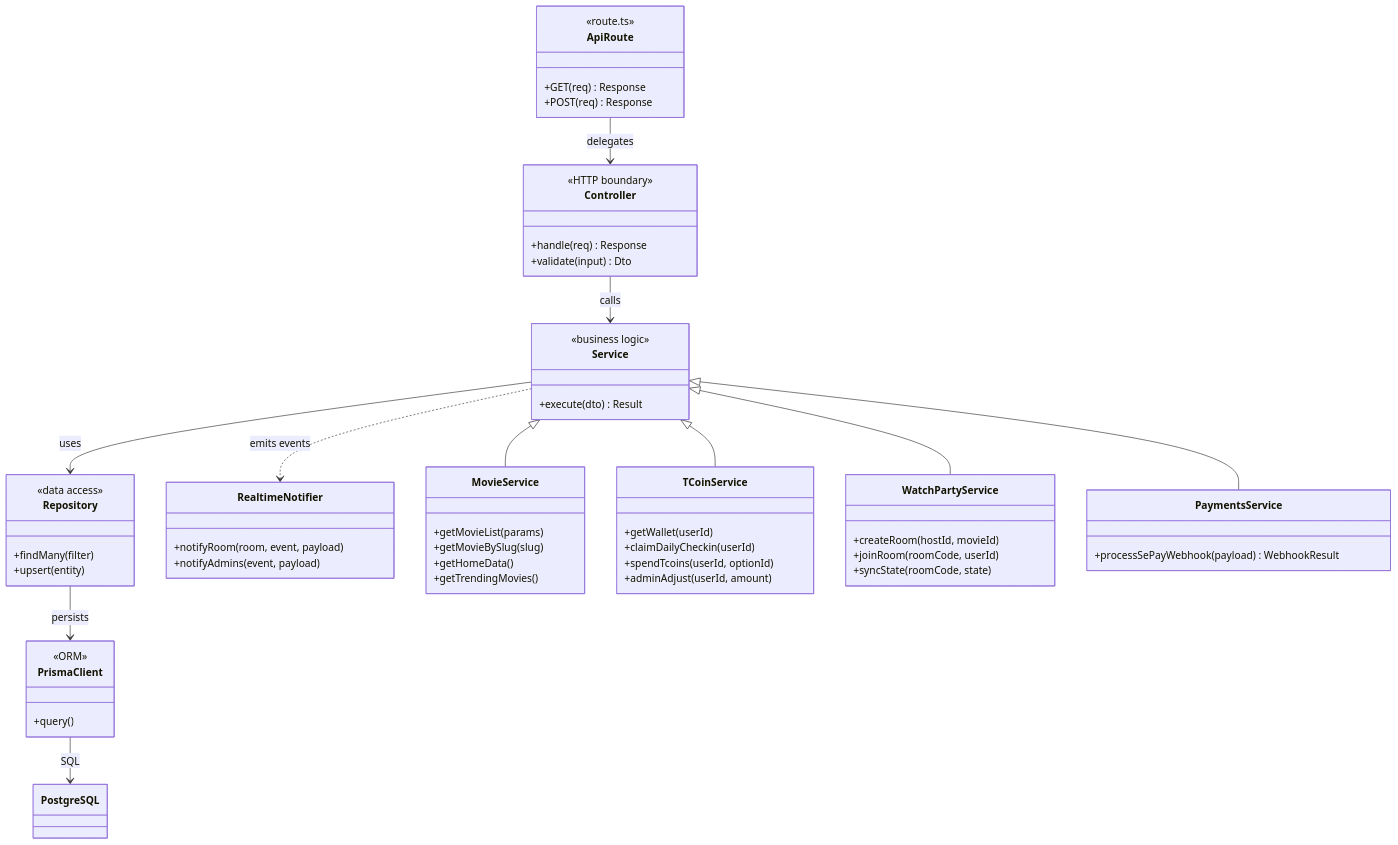
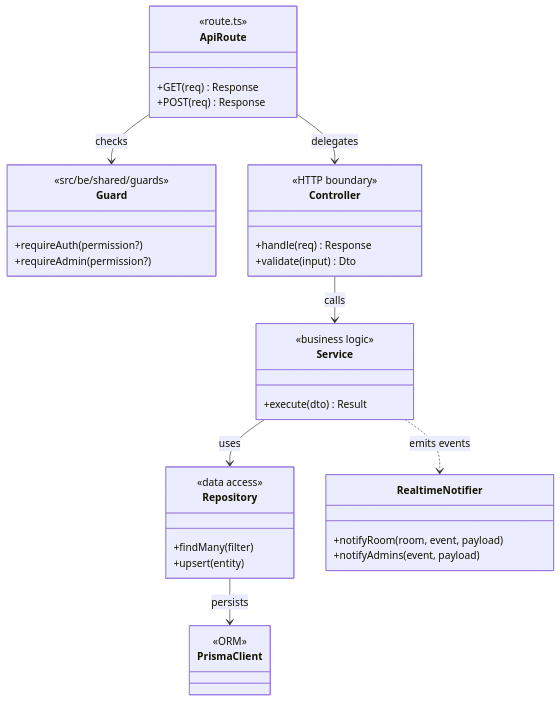
Before and after one commit to Terence-0310/TERENCE: the fourth of 10 diagrams in README.md, drawn with Mermaid. The commit also changed other lines of this file and 191 other files, not shown here.

````diff
--- a/README.md
+++ b/README.md
@@ -541,62 +531,41 @@
 ```mermaid
 classDiagram
     class ApiRoute {
         <<route.ts>>
         +GET(req) Response
         +POST(req) Response
+    }
+    class Guard {
+        <<src/be/shared/guards>>
+        +requireAuth(permission?)
+        +requireAdmin(permission?)
     }
     class Controller {
         <<HTTP boundary>>
         +handle(req) Response
         +validate(input) Dto
     }
     class Service {
         <<business logic>>
         +execute(dto) Result
     }
     class Repository {
         <<data access>>
         +findMany(filter)
         +upsert(entity)
     }
     class PrismaClient {
         <<ORM>>
-        +query()
     }
     class RealtimeNotifier {
         +notifyRoom(room, event, payload)
         +notifyAdmins(event, payload)
     }
 
+    ApiRoute --> Guard : checks
     ApiRoute --> Controller : delegates
     Controller --> Service : calls
     Service --> Repository : uses
     Service ..> RealtimeNotifier : emits events
     Repository --> PrismaClient : persists
-    PrismaClient --> PostgreSQL : SQL
-
-    class MovieService {
-        +getMovieList(params)
-        +getMovieBySlug(slug)
-        +getHomeData()
-        +getTrendingMovies()
-    }
-    class TCoinService {
-        +getWallet(userId)
-        +claimDailyCheckin(userId)
-        +spendTcoins(userId, optionId)
-        +adminAdjust(userId, amount)
-    }
-    class WatchPartyService {
-        +createRoom(hostId, movieId)
-        +joinRoom(roomCode, userId)
-        +syncState(roomCode, state)
-    }
-    class PaymentsService {
-        +processSePayWebhook(payload) WebhookResult
-    }
-    Service <|-- MovieService
-    Service <|-- TCoinService
-    Service <|-- WatchPartyService
-    Service <|-- PaymentsService
 ```
````
